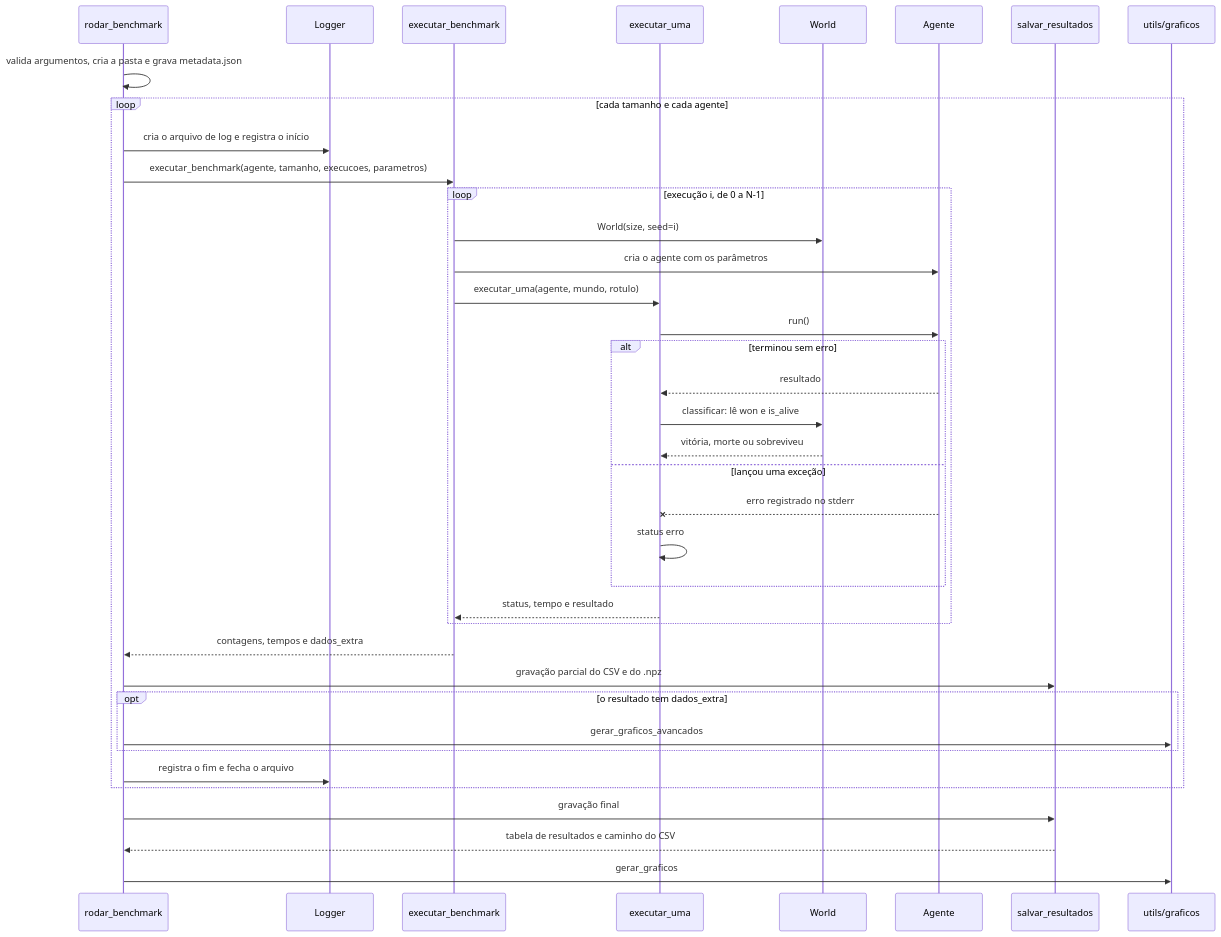
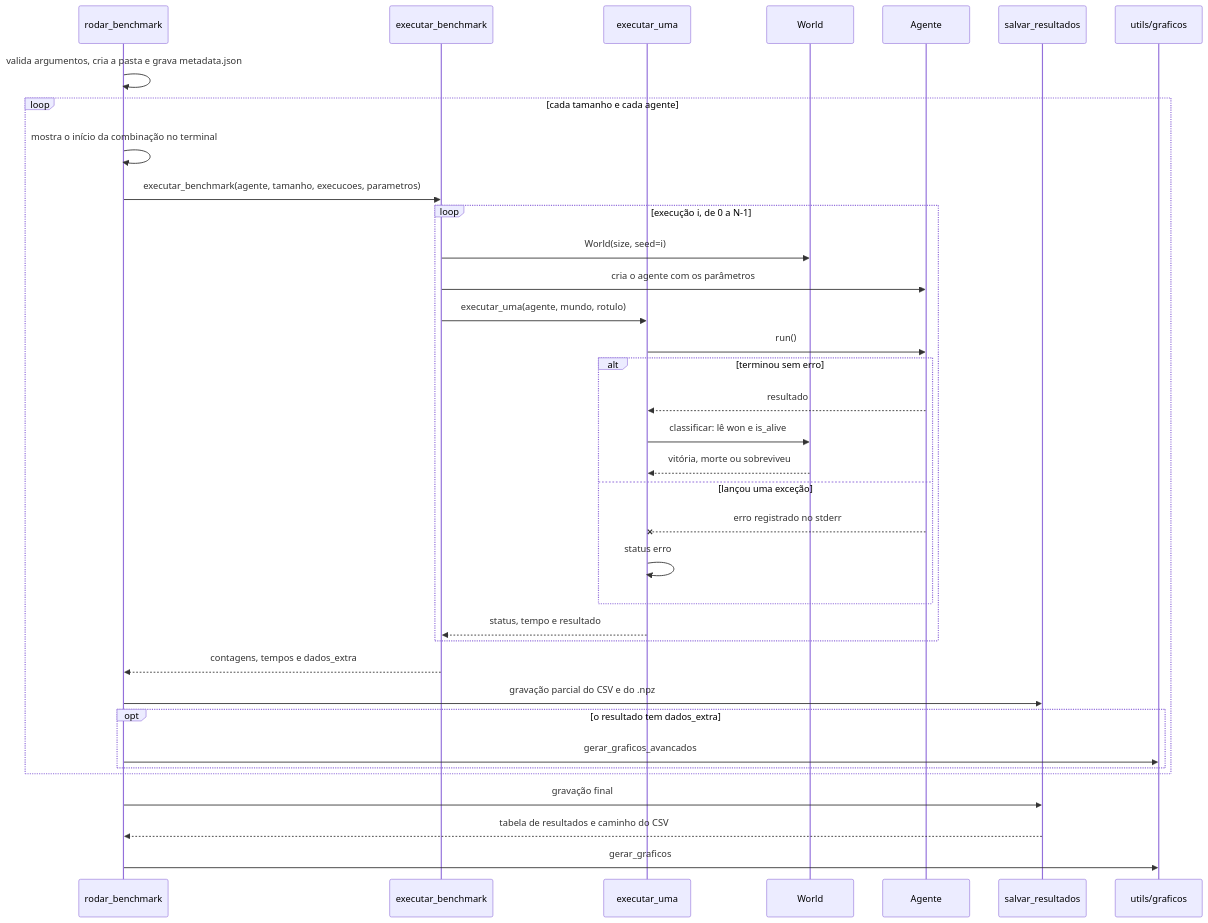
Before and after one commit to ingrid-kiki/wumpus_world_modular: the diagram in docs/arquitetura/sequencia-benchmark.md, drawn with Mermaid. The commit also changed 23 other files, not shown here.

First line of the commit message:
refactor: retira o Logger e os arquivos .log

````diff
--- a/docs/arquitetura/sequencia-benchmark.md
+++ b/docs/arquitetura/sequencia-benchmark.md
@@ -7,43 +7,41 @@
 ```mermaid
 sequenceDiagram
     participant R as rodar_benchmark
-    participant L as Logger
     participant B as executar_benchmark
     participant E as executar_uma
     participant M as World
     participant A as Agente
     participant S as salvar_resultados
     participant G as utils/graficos
 
     R->>R: valida argumentos, cria a pasta e grava metadata.json
 
     loop cada tamanho e cada agente
-        R->>L: cria o arquivo de log e registra o início
+        R->>R: mostra o início da combinação no terminal
         R->>B: executar_benchmark(agente, tamanho, execucoes, parametros)
         loop execução i, de 0 a N-1
             B->>M: World(size, seed=i)
             B->>A: cria o agente com os parâmetros
             B->>E: executar_uma(agente, mundo, rotulo)
             E->>A: run()
             alt terminou sem erro
                 A-->>E: resultado
                 E->>M: classificar: lê won e is_alive
                 M-->>E: vitória, morte ou sobreviveu
             else lançou uma exceção
                 A--xE: erro registrado no stderr
                 E->>E: status erro
             end
             E-->>B: status, tempo e resultado
         end
         B-->>R: contagens, tempos e dados_extra
         R->>S: gravação parcial do CSV e do .npz
         opt o resultado tem dados_extra
             R->>G: gerar_graficos_avancados
         end
-        R->>L: registra o fim e fecha o arquivo
     end
 
     R->>S: gravação final
     S-->>R: tabela de resultados e caminho do CSV
     R->>G: gerar_graficos
 ```
````
